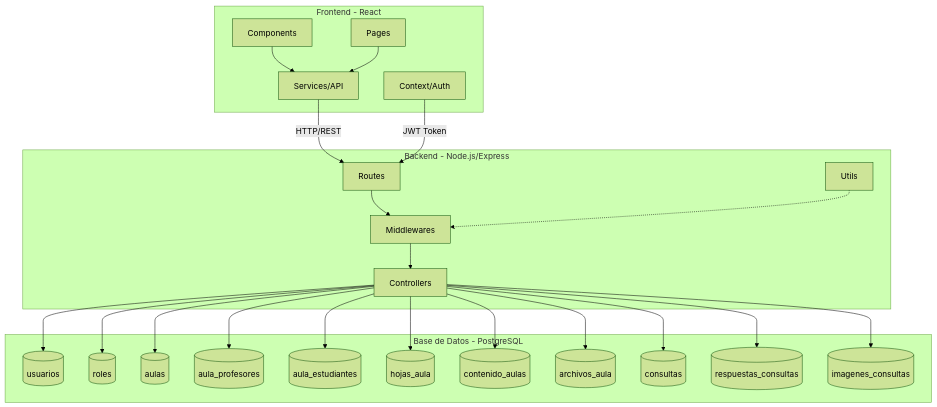
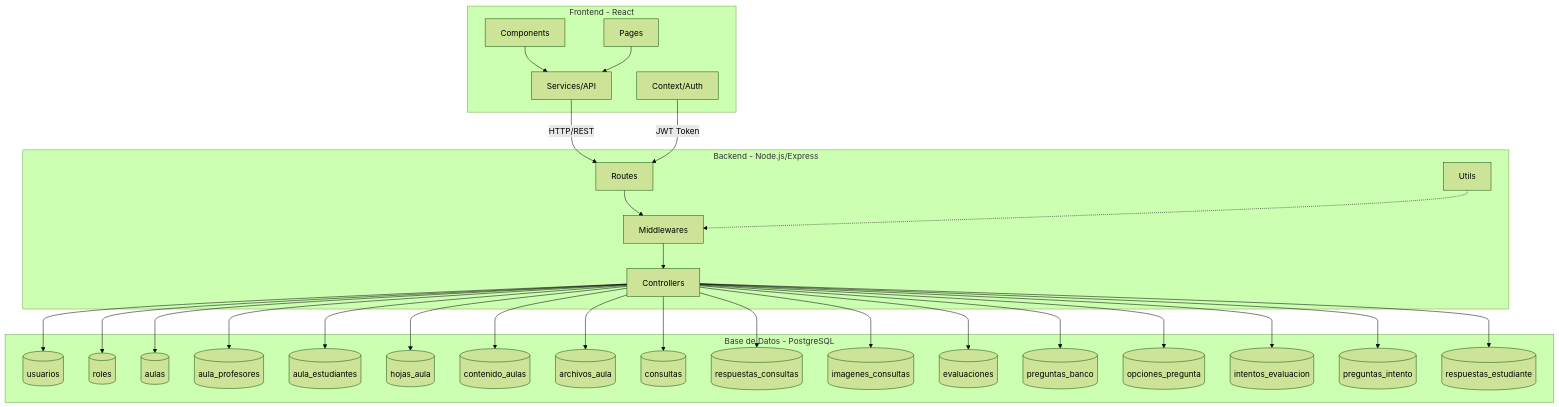
Before and after one commit to NicoMagro/AulaVirtual: the first of 5 diagrams in README.md, drawn with Mermaid (forest theme). The commit also changed other lines of this file, not shown here.

First line of the commit message:
docs: Actualizar README con documentación completa del sistema de evaluaciones

````diff
--- a/README.md
+++ b/README.md
@@ -7,49 +7,61 @@
 ```mermaid
 graph TB
     subgraph "Frontend - React"
         A[Components]
         B[Pages]
         C[Services/API]
         D[Context/Auth]
     end
 
     subgraph "Backend - Node.js/Express"
         E[Routes]
         F[Controllers]
         G[Middlewares]
         H[Utils]
     end
 
     subgraph "Base de Datos - PostgreSQL"
         I[(usuarios)]
         J[(roles)]
         K[(aulas)]
         L[(aula_profesores)]
         M[(aula_estudiantes)]
         N[(hojas_aula)]
         O[(contenido_aulas)]
         P[(archivos_aula)]
         Q[(consultas)]
         R[(respuestas_consultas)]
         S[(imagenes_consultas)]
+        T[(evaluaciones)]
+        U[(preguntas_banco)]
+        V[(opciones_pregunta)]
+        W[(intentos_evaluacion)]
+        X[(preguntas_intento)]
+        Y[(respuestas_estudiante)]
     end
 
     A --> C
     B --> C
     C --> |HTTP/REST| E
     D --> |JWT Token| E
     E --> G
     G --> F
     F --> I
     F --> J
     F --> K
     F --> L
     F --> M
     F --> N
     F --> O
     F --> P
     F --> Q
     F --> R
     F --> S
+    F --> T
+    F --> U
+    F --> V
+    F --> W
+    F --> X
+    F --> Y
     H -.-> G
 ```
````
